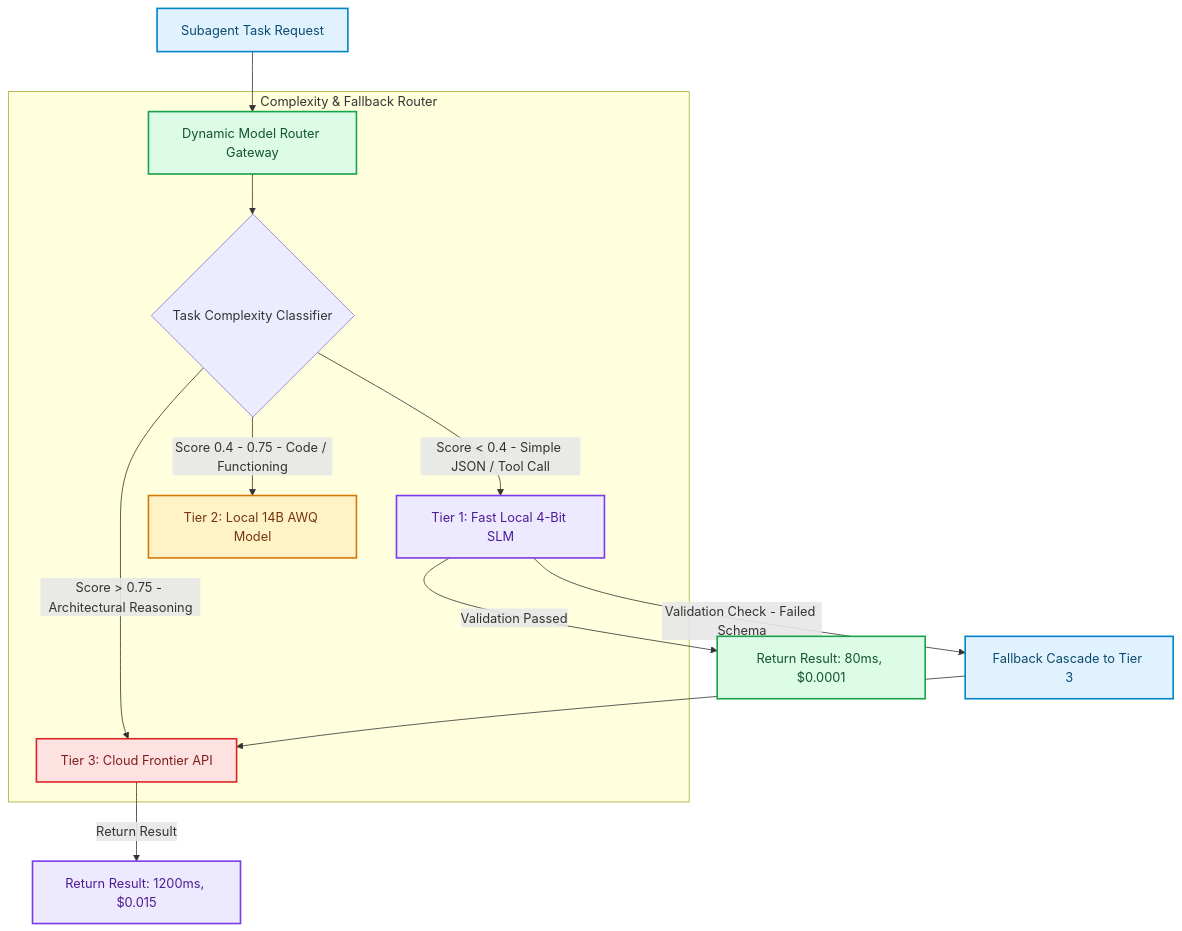
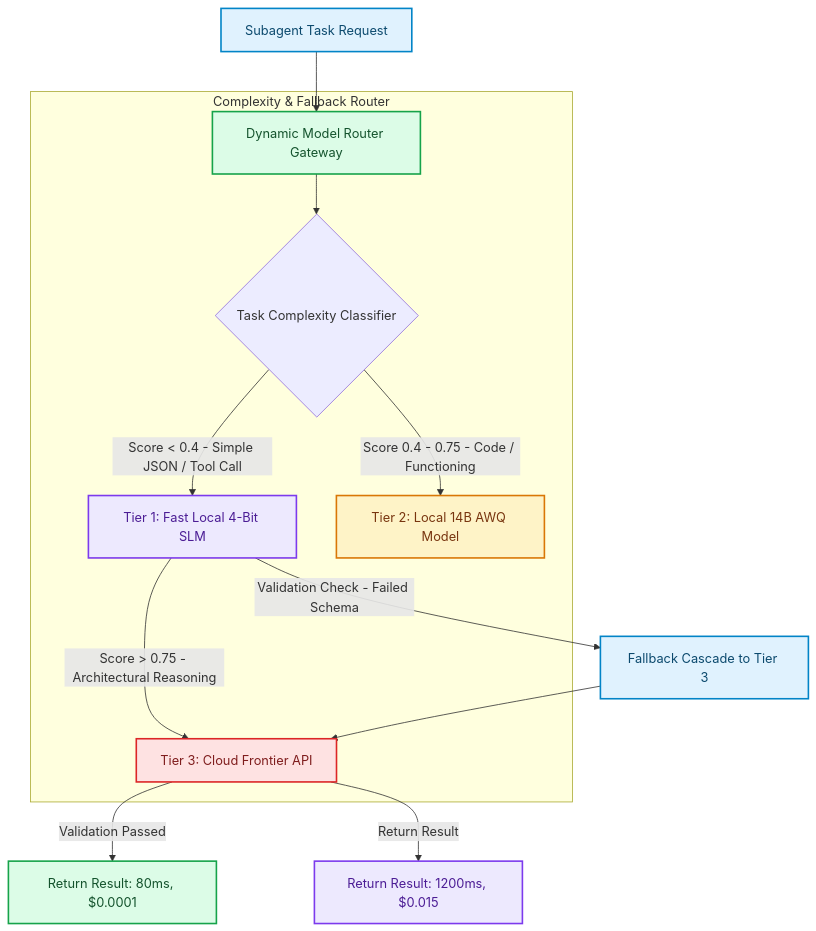
The diagram in blog/posts/dynamic-model-cascading-routing-local-slm-cloud-frontier-apis.md (akmalkhaniub/akmalkhaniub.github.io), drawn with Mermaid before and after one commit. The commit also changed other lines of this file and 894 other files, not shown here.

Commit message:
feat(blog): upgrade all 444 posts with unique staggered dates, 2-col Mermaid spines, benchmark tables, code blocks, and trade-offs

````diff
--- a/blog/posts/dynamic-model-cascading-routing-local-slm-cloud-frontier-apis.md
+++ b/blog/posts/dynamic-model-cascading-routing-local-slm-cloud-frontier-apis.md
@@ -19,27 +19,27 @@
 ```mermaid
 flowchart TD
   A["Subagent Task Request"] --> B["Dynamic Model Router Gateway"]
   
   subgraph SG1_ComplexityFallbackRouter ["Complexity & Fallback Router"]
     B --> C{Task Complexity Classifier}
     C -->|Score < 0.4 - Simple JSON / Tool Call| D["Tier 1: Fast Local 4-Bit SLM"]
     C -->|Score 0.4 - 0.75 - Code / Functioning| E["Tier 2: Local 14B AWQ Model"]
-    C -->|Score > 0.75 - Architectural Reasoning| F["Tier 3: Cloud Frontier API"]
+    D --> |Score > 0.75 - Architectural Reasoning| F["Tier 3: Cloud Frontier API"]
   end
   
   D -->|Validation Check - Failed Schema| G["Fallback Cascade to Tier 3"]
   G --> F
-  D -->|Validation Passed| H["Return Result: 80ms, $0.0001"]
+  F --> |Validation Passed| H["Return Result: 80ms, $0.0001"]
   F -->|Return Result| I["Return Result: 1200ms, $0.015"]
 
 classDef green fill:#dcfce7,stroke:#16a34a,stroke-width:2px,color:#14532d;
 classDef red fill:#fee2e2,stroke:#dc2626,stroke-width:2px,color:#7f1d1d;
 classDef blue fill:#e0f2fe,stroke:#0284c7,stroke-width:2px,color:#0c4a6e;
 classDef yellow fill:#fef3c7,stroke:#d97706,stroke-width:2px,color:#78350f;
 classDef purple fill:#ede9fe,stroke:#7c3aed,stroke-width:2px,color:#4c1d95;
 class A,G blue
 class B,H green
 class D,I purple
 class E yellow
 class F red
 ```
````
